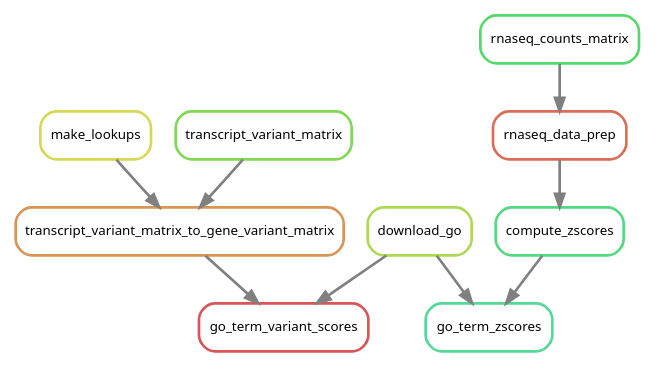
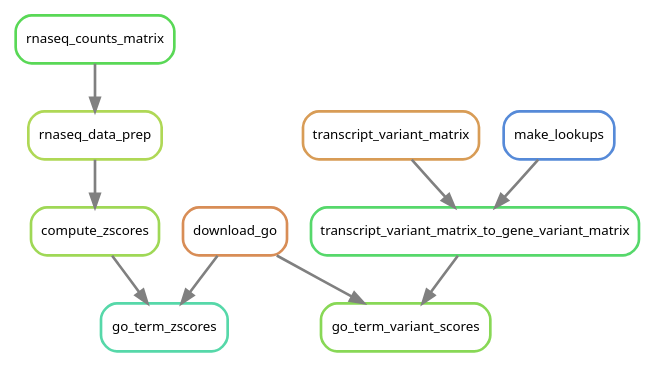
Before and after one commit to NCBI-Hackathons/Pharmacogenomics_Prediction_Pipeline_P3: the diagram in doc/source/images/go.dot, drawn with Graphviz. The commit also changed 25 other files, not shown here.

```diff
--- a/doc/source/images/go.dot
+++ b/doc/source/images/go.dot
@@ -1,22 +1,22 @@
 digraph snakemake_dag {
     graph[bgcolor=white, margin=0];
     node[shape=box, style=rounded, fontname=sans,                 fontsize=10, penwidth=2];
     edge[penwidth=2, color=grey];
-	0[label = "make_lookups", color = "0.17 0.6 0.85", style="rounded"];
-	1[label = "rnaseq_counts_matrix", color = "0.36 0.6 0.85", style="rounded"];
-	2[label = "go_term_zscores", color = "0.42 0.6 0.85", style="rounded"];
-	3[label = "transcript_variant_matrix", color = "0.28 0.6 0.85", style="rounded"];
-	4[label = "go_term_variant_scores", color = "0.00 0.6 0.85", style="rounded"];
-	5[label = "rnaseq_data_prep", color = "0.03 0.6 0.85", style="rounded"];
-	6[label = "transcript_variant_matrix_to_gene_variant_matrix", color = "0.08 0.6 0.85", style="rounded"];
-	7[label = "compute_zscores", color = "0.39 0.6 0.85", style="rounded"];
-	8[label = "download_go", color = "0.22 0.6 0.85", style="rounded"];
-	7 -> 2
+	0[label = "rnaseq_counts_matrix", color = "0.33 0.6 0.85", style="rounded"];
+	1[label = "compute_zscores", color = "0.24 0.6 0.85", style="rounded"];
+	2[label = "transcript_variant_matrix_to_gene_variant_matrix", color = "0.36 0.6 0.85", style="rounded"];
+	3[label = "transcript_variant_matrix", color = "0.09 0.6 0.85", style="rounded"];
+	4[label = "download_go", color = "0.07 0.6 0.85", style="rounded"];
+	5[label = "go_term_variant_scores", color = "0.27 0.6 0.85", style="rounded"];
+	6[label = "rnaseq_data_prep", color = "0.22 0.6 0.85", style="rounded"];
+	7[label = "go_term_zscores", color = "0.44 0.6 0.85", style="rounded"];
+	8[label = "make_lookups", color = "0.60 0.6 0.85", style="rounded"];
+	6 -> 1
 	8 -> 2
-	6 -> 4
-	8 -> 4
-	1 -> 5
+	3 -> 2
+	2 -> 5
+	4 -> 5
 	0 -> 6
-	3 -> 6
-	5 -> 7
+	1 -> 7
+	4 -> 7
 }            
```
